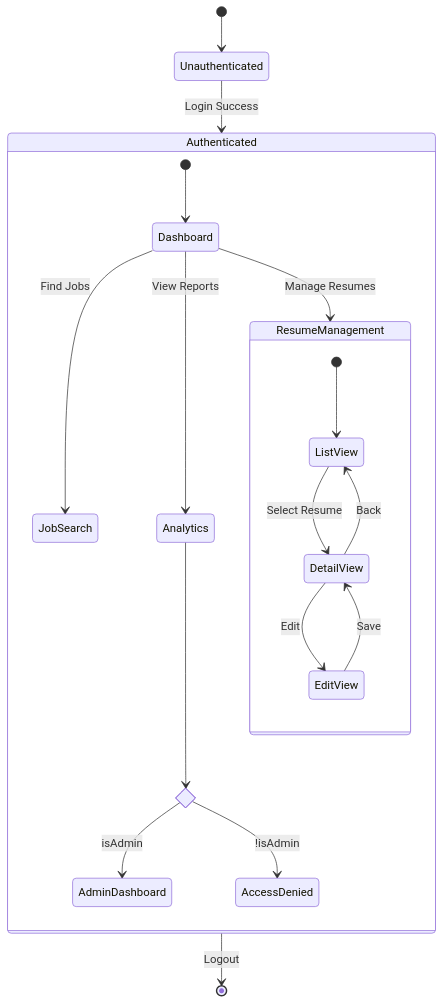
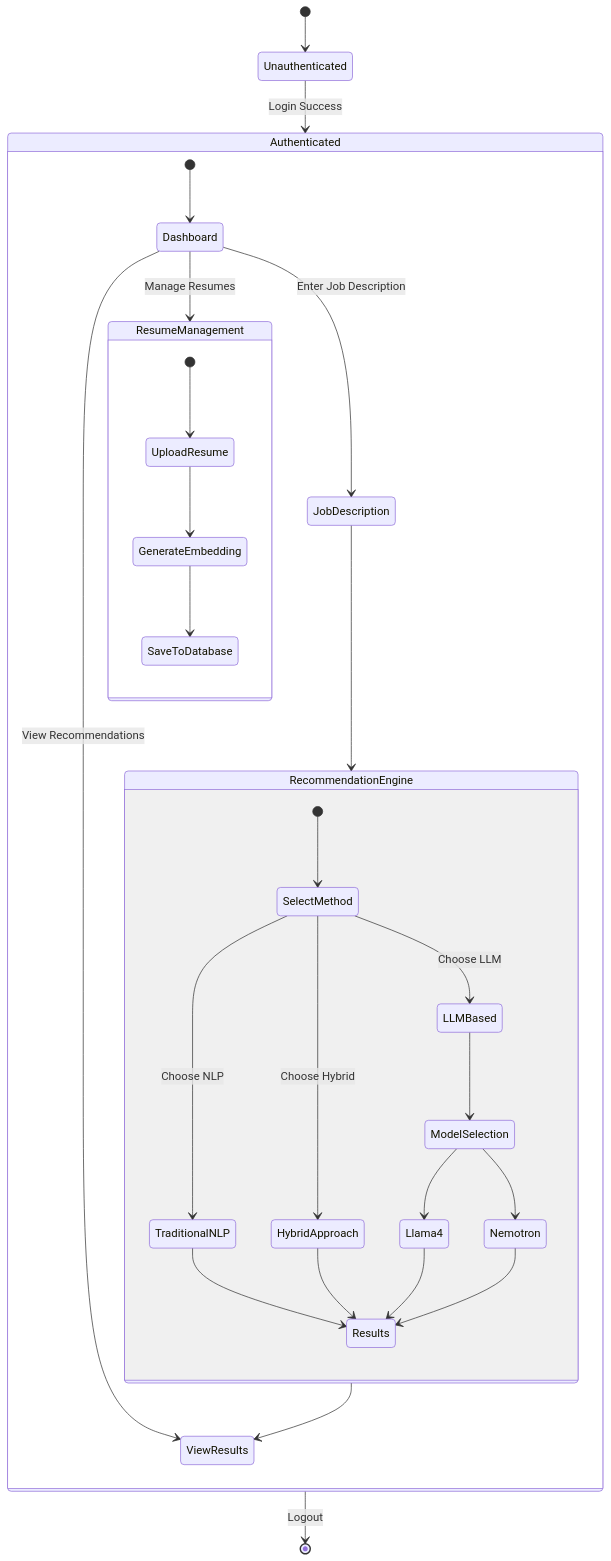
Before and after one commit to hassen05/CareerReco: the fifth of 7 diagrams in DIAGRAMS.md, drawn with Mermaid. The commit also changed other lines of this file and 9 other files, not shown here.

````diff
--- a/DIAGRAMS.md
+++ b/DIAGRAMS.md
@@ -159,27 +352,39 @@
 ```mermaid
 stateDiagram-v2
     [*] --> Unauthenticated
     Unauthenticated --> Authenticated: Login Success
     
     state Authenticated {
         [*] --> Dashboard
         Dashboard --> ResumeManagement: Manage Resumes
-        Dashboard --> JobSearch: Find Jobs
-        Dashboard --> Analytics: View Reports
+        Dashboard --> JobDescription: Enter Job Description
+        Dashboard --> ViewResults: View Recommendations
         
-        state if_admin <<choice>>
-        Analytics --> if_admin
-        if_admin --> AdminDashboard: isAdmin
-        if_admin --> AccessDenied: !isAdmin
+        state RecommendationEngine {
+            [*] --> SelectMethod
+            SelectMethod --> TraditionalNLP: Choose NLP
+            SelectMethod --> LLMBased: Choose LLM
+            SelectMethod --> HybridApproach: Choose Hybrid
+            
+            TraditionalNLP --> Results
+            LLMBased --> ModelSelection
+            HybridApproach --> Results
+            
+            ModelSelection --> Llama4
+            ModelSelection --> Nemotron
+            Llama4 --> Results
+            Nemotron --> Results
+        }
+        
+        JobDescription --> RecommendationEngine
+        RecommendationEngine --> ViewResults
     }
     
     state ResumeManagement {
-        [*] --> ListView
-        ListView --> DetailView: Select Resume
-        DetailView --> EditView: Edit
-        DetailView --> ListView: Back
-        EditView --> DetailView: Save
+        [*] --> UploadResume
+        UploadResume --> GenerateEmbedding
+        GenerateEmbedding --> SaveToDatabase
     }
     
     Authenticated --> [*]: Logout
 ```
````
